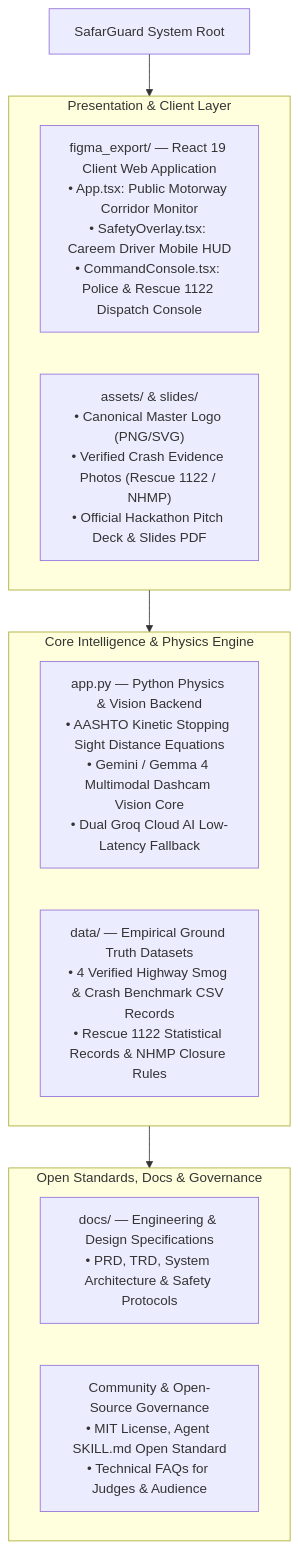
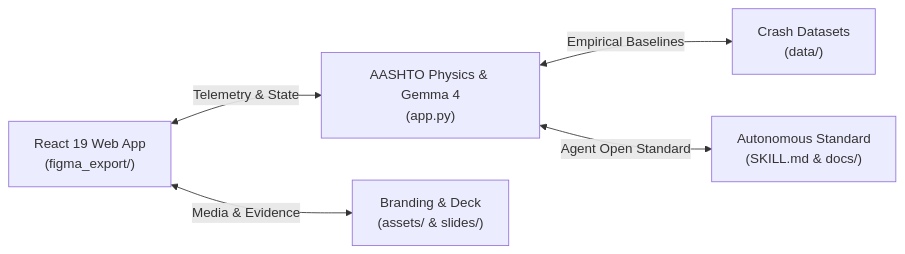
One commit to Javeriaf19/SafarGuard changed the third of 3 diagrams in README.md. Above: the diagram before and after it, drawn with Mermaid. The commit also changed other lines of this file, not shown here.

Commit message:
docs: Compact all diagrams into sleek comparison matrices and horizontal component flow

````diff
--- a/README.md
+++ b/README.md
@@ -469,23 +441,7 @@
 ```mermaid
-flowchart TD
-    ROOT["SafarGuard System Root"]
-
-    subgraph PRESENTATION["Presentation & Client Layer"]
-        FRONTEND["figma_export/ — React 19 Client Web Application<br>• App.tsx: Public Motorway Corridor Monitor<br>• SafetyOverlay.tsx: Careem Driver Mobile HUD<br>• CommandConsole.tsx: Police & Rescue 1122 Dispatch Console"]
-        ASSETS["assets/ & slides/<br>• Canonical Master Logo (PNG/SVG)<br>• Verified Crash Evidence Photos (Rescue 1122 / NHMP)<br>• Official Hackathon Pitch Deck & Slides PDF"]
-    end
-
-    subgraph ENGINE["Core Intelligence & Physics Engine"]
-        BACKEND["app.py — Python Physics & Vision Backend<br>• AASHTO Kinetic Stopping Sight Distance Equations<br>• Gemini / Gemma 4 Multimodal Dashcam Vision Core<br>• Dual Groq Cloud AI Low-Latency Fallback"]
-        DATA["data/ — Empirical Ground Truth Datasets<br>• 4 Verified Highway Smog & Crash Benchmark CSV Records<br>• Rescue 1122 Statistical Records & NHMP Closure Rules"]
-    end
-
-    subgraph STANDARDS["Open Standards, Docs & Governance"]
-        DOCS["docs/ — Engineering & Design Specifications<br>• PRD, TRD, System Architecture & Safety Protocols"]
-        GOV["Community & Open-Source Governance<br>• MIT License, Agent SKILL.md Open Standard<br>• Technical FAQs for Judges & Audience"]
-    end
-
-    ROOT --> PRESENTATION
-    PRESENTATION --> ENGINE
-    ENGINE --> STANDARDS
+flowchart LR
+    FRONTEND["React 19 Web App<br>(figma_export/)"] <-->|Telemetry & State| ENGINE["AASHTO Physics & Gemma 4<br>(app.py)"]
+    ENGINE <-->|Empirical Baselines| DATA["Crash Datasets<br>(data/)"]
+    ENGINE <-->|Agent Open Standard| DOCS["Autonomous Standard<br>(SKILL.md & docs/)"]
+    FRONTEND <-->|Media & Evidence| ASSETS["Branding & Deck<br>(assets/ & slides/)"]
 ```
````
